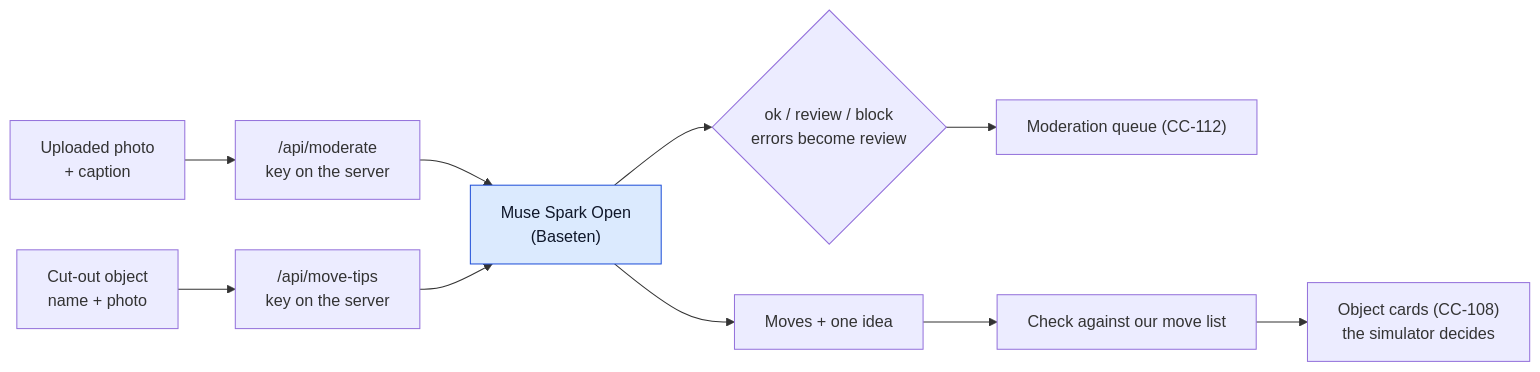
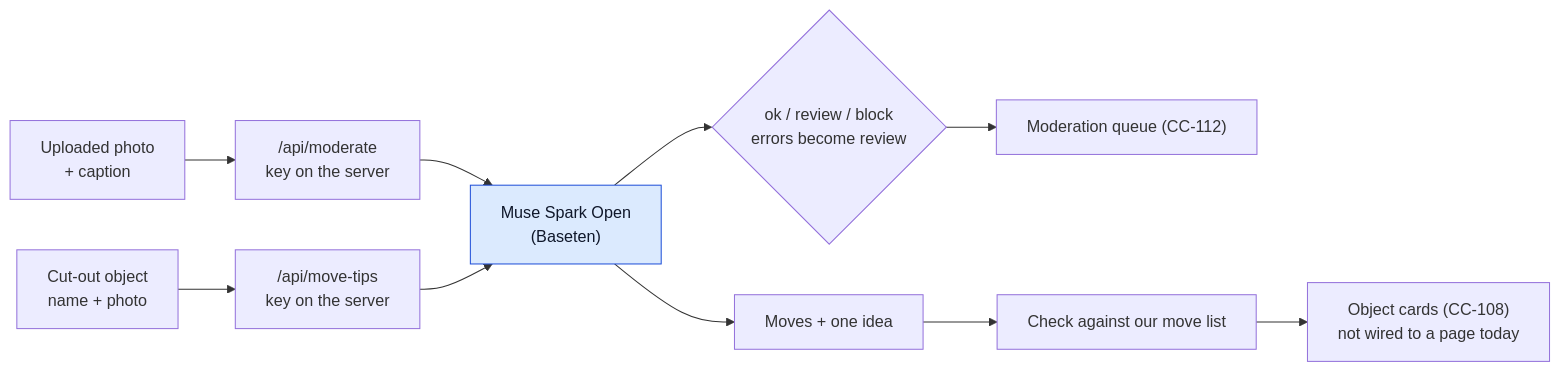
The fifth of 7 diagrams in docs/meta-ai-pipelines.md (gitgithan/conquercourse), drawn with Mermaid before and after one commit. The commit also changed other lines of this file and 4 other files, not shown here.

````diff
--- a/docs/meta-ai-pipelines.md
+++ b/docs/meta-ai-pipelines.md
@@ -135,14 +136,14 @@
 ```mermaid
 flowchart LR
   UP["Uploaded photo<br/>+ caption"] --> MF["/api/moderate<br/>key on the server"]
   MF --> MM["Muse Spark Open<br/>(Baseten)"]
   MM --> V{"ok / review / block<br/>errors become review"}
   V --> Q["Moderation queue (CC-112)"]
   OB["Cut-out object<br/>name + photo"] --> TF["/api/move-tips<br/>key on the server"]
   TF --> MM
   MM --> TP["Moves + one idea"]
   TP --> CK["Check against our move list"]
-  CK --> CD["Object cards (CC-108)<br/>the simulator decides"]
+  CK --> CD["Object cards (CC-108)<br/>not wired to a page today"]
   classDef meta fill:#dbeafe,stroke:#1d4ed8,color:#0f172a;
   class MM meta;
 ```
````
